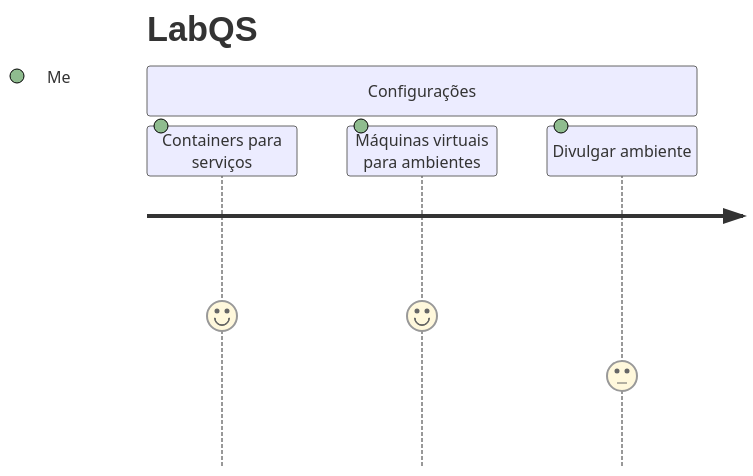
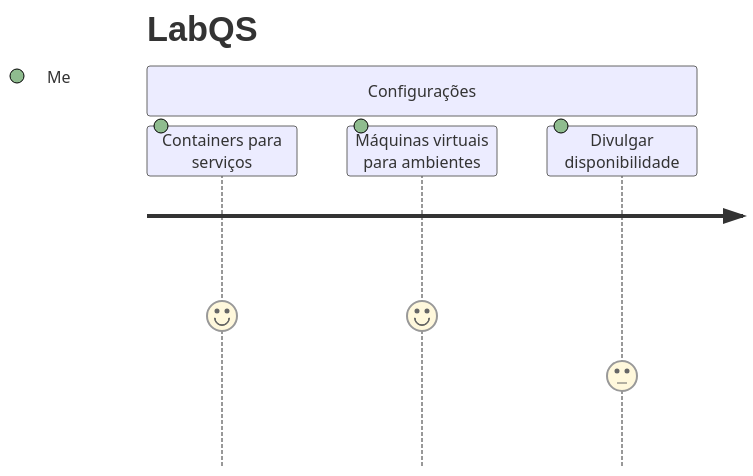
The fifth of 7 diagrams in xen/README.md (LabQS-ITA/cloud), drawn with Mermaid before and after one commit. The commit also changed other lines of this file, not shown here.

````diff
--- a/xen/README.md
+++ b/xen/README.md
@@ -414,8 +414,8 @@
 ```mermaid
 journey
     title LabQS
     section Configurações
         Containers para serviços: 5: Me
         Máquinas virtuais para ambientes: 5: Me
-        Divulgar ambiente: 3: Me
+        Divulgar disponibilidade: 3: Me
 ```
````
